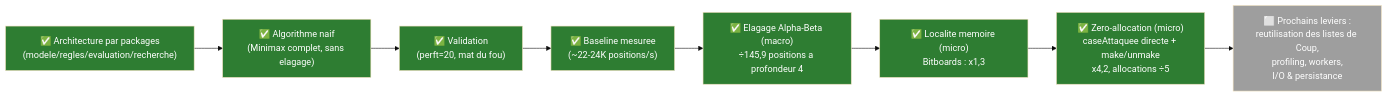
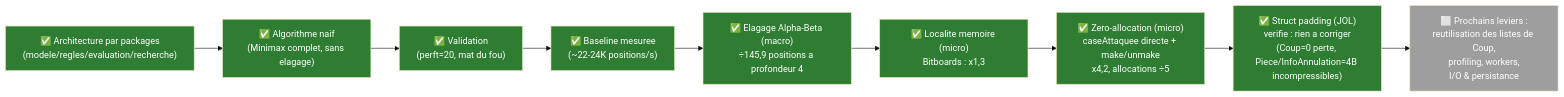
Before and after one commit to YoussefGoat123/FILROUGE: diagram 23 of 23 in MoteurEchecs/shemas/schemas.md, drawn with Mermaid (base theme). The commit also changed other lines of this file and 8 other files, not shown here.

Commit message:
feat: Add Struct Padding analysis and related documentation; include JOL dependency for memory layout inspection

````diff
--- a/MoteurEchecs/shemas/schemas.md
+++ b/MoteurEchecs/shemas/schemas.md
@@ -486,19 +510,21 @@
 ```mermaid
 flowchart LR
     A["✅ Architecture par packages\n(modele/regles/evaluation/recherche)"] --> B["✅ Algorithme naif\n(Minimax complet, sans elagage)"]
     B --> C["✅ Validation\n(perft=20, mat du fou)"]
     C --> D["✅ Baseline mesuree\n(~22-24K positions/s)"]
     D --> E["✅ Elagage Alpha-Beta (macro)\n÷145,9 positions a profondeur 4"]
     E --> EE["✅ Localite memoire (micro)\nBitboards : x1,3"]
     EE --> ZA["✅ Zero-allocation (micro)\ncaseAttaquee directe + make/unmake\nx4,2, allocations ÷5"]
-    ZA --> F["⬜ Prochains leviers :\nreutilisation des listes de Coup,\nprofiling, workers,\nI/O & persistance"]
+    ZA --> SP["✅ Struct padding (JOL)\nverifie : rien a corriger\n(Coup=0 perte, Piece/InfoAnnulation=4B incompressibles)"]
+    SP --> F["⬜ Prochains leviers :\nreutilisation des listes de Coup,\nprofiling, workers,\nI/O & persistance"]
 
     style A fill:#2e7d32,color:#fff
     style B fill:#2e7d32,color:#fff
     style C fill:#2e7d32,color:#fff
     style D fill:#2e7d32,color:#fff
     style EE fill:#2e7d32,color:#fff
     style E fill:#2e7d32,color:#fff
     style ZA fill:#2e7d32,color:#fff
+    style SP fill:#2e7d32,color:#fff
     style F fill:#9e9e9e,color:#fff
 ```
````
